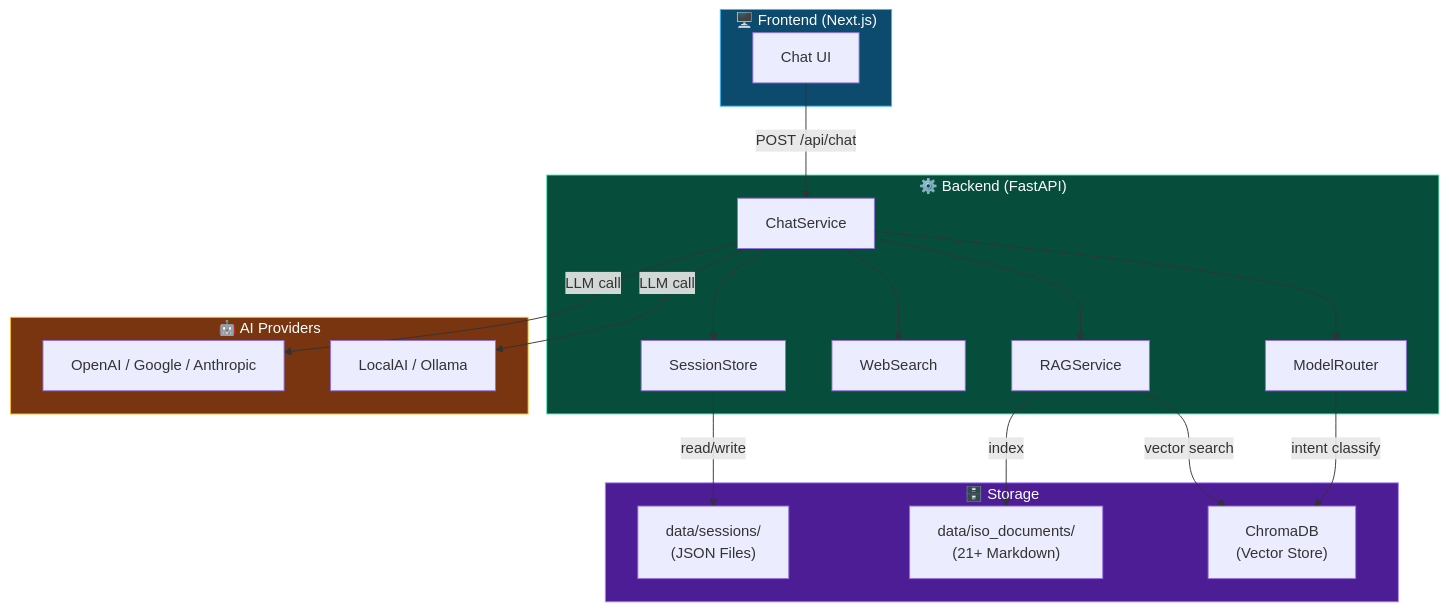
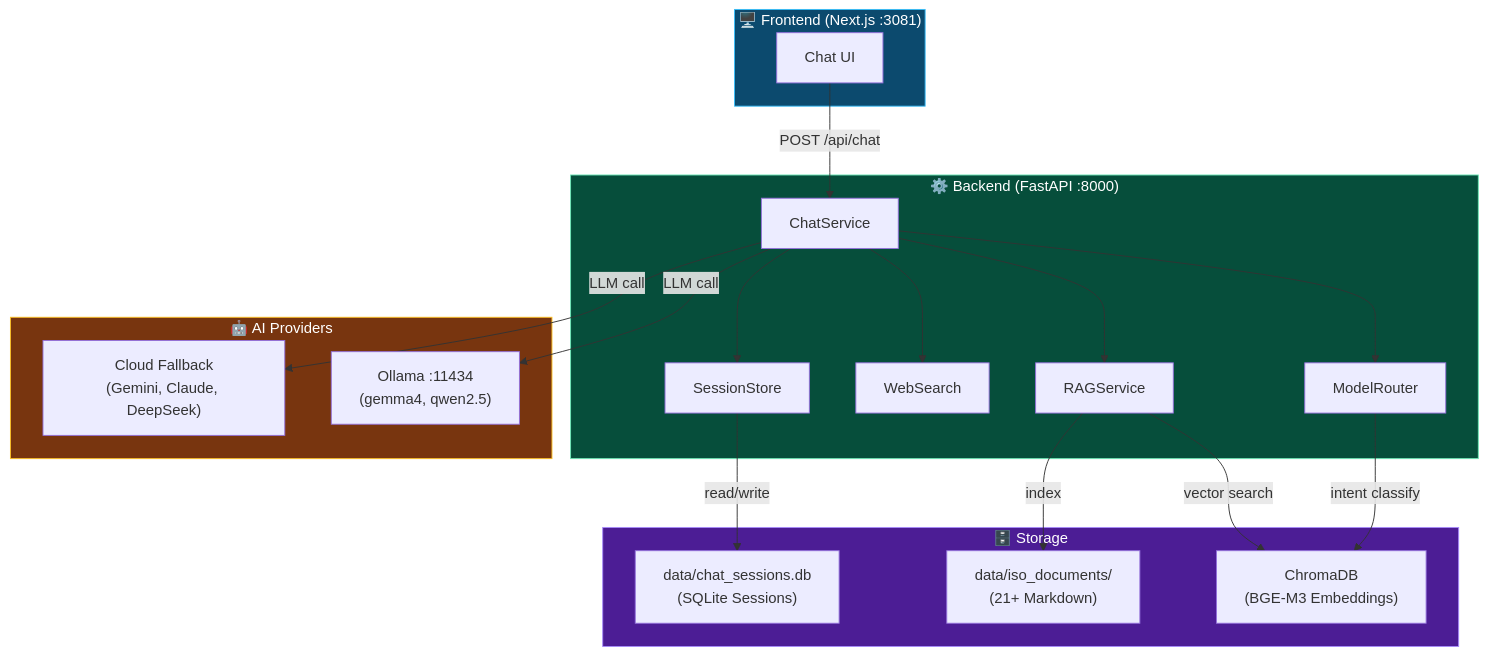
One commit to NghiaDinh03/CyberAI-Assessment-project changed the fifth of 5 diagrams in docs/vi/chatbot_rag.md. Above: the diagram before and after it, drawn with Mermaid. The commit also changed other lines of this file and 94 other files, not shown here.

Commit message:
feat(pipeline): standardize unified assessment schema, runtime audit telemetry, masked evidence manifests, and artifact consistency validation

````diff
--- a/docs/vi/chatbot_rag.md
+++ b/docs/vi/chatbot_rag.md
@@ -428,44 +428,44 @@
 ```mermaid
 graph TB
-    subgraph Frontend["🖥️ Frontend (Next.js)"]
+    subgraph Frontend["🖥️ Frontend (Next.js :3081)"]
         UI["Chat UI"]
     end
 
-    subgraph Backend["⚙️ Backend (FastAPI)"]
+    subgraph Backend["⚙️ Backend (FastAPI :8000)"]
         CS["ChatService"]
         MR["ModelRouter"]
         RS["RAGService"]
         WS["WebSearch"]
         SS["SessionStore"]
     end
 
     subgraph AI["🤖 AI Providers"]
-        LOCAL["LocalAI / Ollama"]
-        CLOUD["OpenAI / Google / Anthropic"]
+        LOCAL["Ollama :11434\n(gemma4, qwen2.5)"]
+        CLOUD["Cloud Fallback\n(Gemini, Claude, DeepSeek)"]
     end
 
     subgraph Storage["🗄️ Storage"]
-        CHROMA["ChromaDB\n(Vector Store)"]
-        FILES["data/sessions/\n(JSON Files)"]
+        CHROMA["ChromaDB\n(BGE-M3 Embeddings)"]
+        FILES["data/chat_sessions.db\n(SQLite Sessions)"]
         DOCS["data/iso_documents/\n(21+ Markdown)"]
     end
 
     UI -->|"POST /api/chat"| CS
     CS --> MR
     CS --> RS
     CS --> WS
     CS --> SS
 
     MR -->|"intent classify"| CHROMA
     RS -->|"vector search"| CHROMA
     SS -->|"read/write"| FILES
     RS -->|"index"| DOCS
 
     CS -->|"LLM call"| LOCAL
     CS -->|"LLM call"| CLOUD
 
     style Frontend fill:#0c4a6e,stroke:#38bdf8,color:#fff
     style Backend fill:#064e3b,stroke:#6ee7b7,color:#fff
     style AI fill:#78350f,stroke:#fbbf24,color:#fff
     style Storage fill:#4c1d95,stroke:#a78bfa,color:#fff
 ```
````
